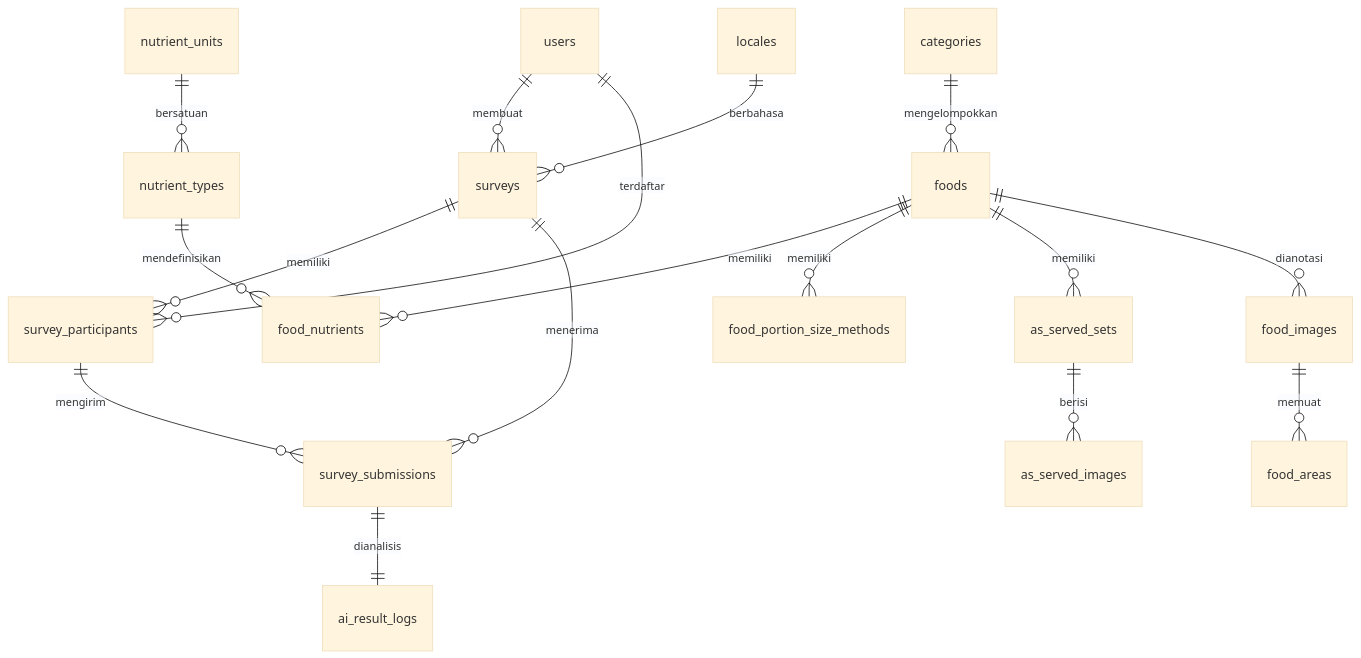
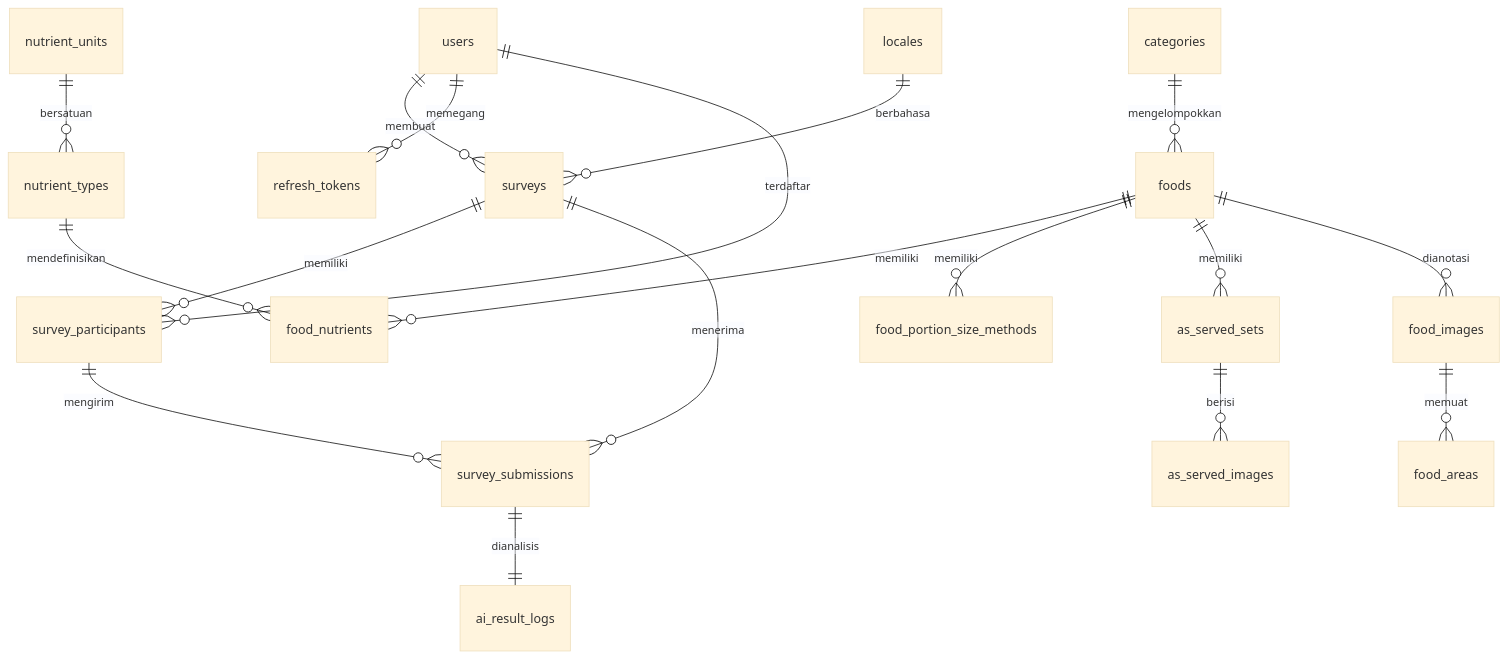
Diagram 11 of 13 in docs/Skripsi_Atlas_Food_Bab_1-5.md (Babyhex7/atlas_food_frontend), drawn with Mermaid (base theme) before and after one commit. The commit also changed other lines of this file and 1 other file, not shown here.

````diff
--- a/docs/Skripsi_Atlas_Food_Bab_1-5.md
+++ b/docs/Skripsi_Atlas_Food_Bab_1-5.md
@@ -943,19 +1093,20 @@
 ```mermaid
 erDiagram
     users ||--o{ surveys : membuat
+    users ||--o{ refresh_tokens : memegang
     users ||--o{ survey_participants : terdaftar
     surveys ||--o{ survey_participants : memiliki
     surveys ||--o{ survey_submissions : menerima
     survey_participants ||--o{ survey_submissions : mengirim
     survey_submissions ||--|| ai_result_logs : dianalisis
     categories ||--o{ foods : mengelompokkan
     foods ||--o{ food_nutrients : memiliki
     nutrient_types ||--o{ food_nutrients : mendefinisikan
     nutrient_units ||--o{ nutrient_types : bersatuan
     foods ||--o{ food_portion_size_methods : memiliki
     foods ||--o{ as_served_sets : memiliki
     as_served_sets ||--o{ as_served_images : berisi
     foods ||--o{ food_images : dianotasi
     food_images ||--o{ food_areas : memuat
     locales ||--o{ surveys : berbahasa
 ```
````
